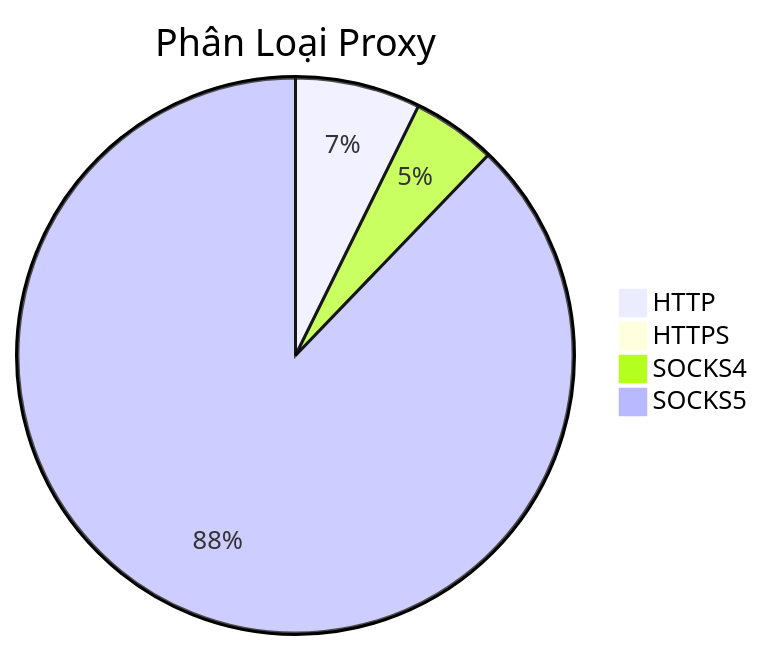
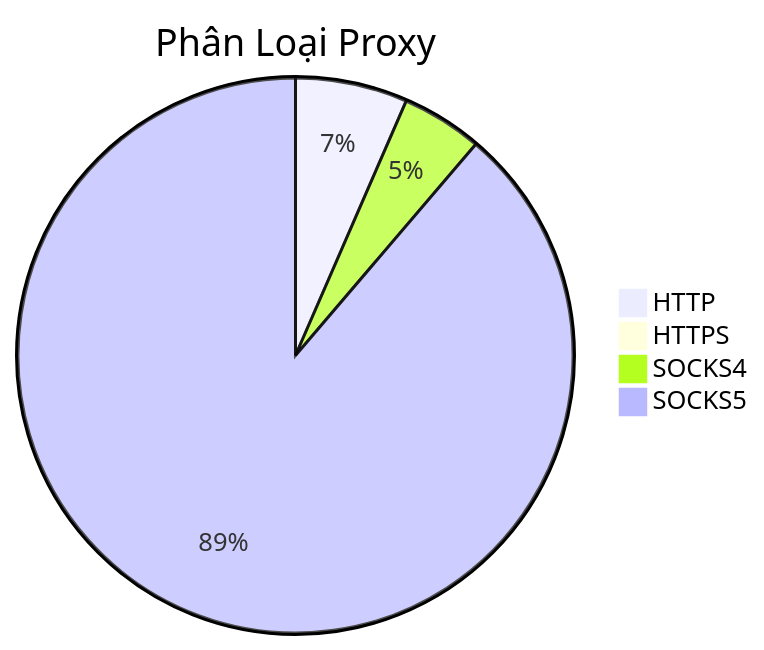
One commit to Ciara-Aa/PROXY-free changed the diagram in README.md. Above: the diagram before and after it, drawn with Mermaid. The commit also changed other lines of this file and 4 other files, not shown here.

````diff
--- a/README.md
+++ b/README.md
@@ -26,7 +26,7 @@
 ```mermaid
 pie title Phân Loại Proxy
-    "HTTP" : 438
-    "HTTPS" : 4
-    "SOCKS4" : 294
-    "SOCKS5" : 5275
+    "HTTP" : 464
+    "HTTPS" : 2
+    "SOCKS4" : 335
+    "SOCKS5" : 6307
 ```
````
